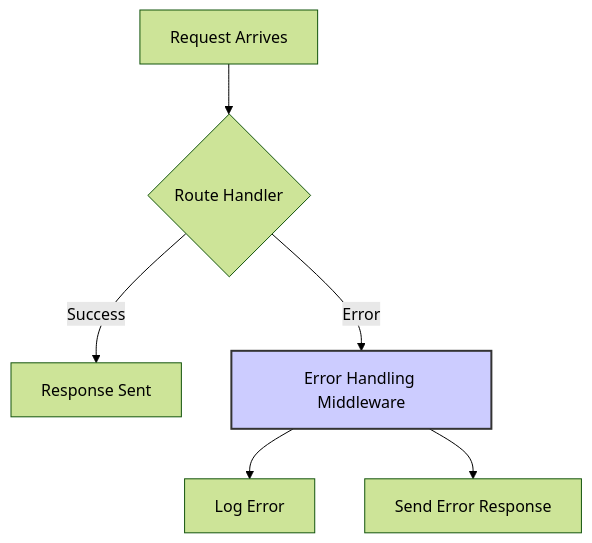
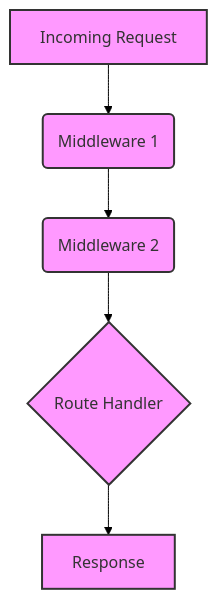
The eighth of 9 diagrams in README.md (devbh04/testing), drawn with Mermaid (forest theme) before and after one commit. The commit also changed other lines of this file, not shown here.

````diff
--- a/README.md
+++ b/README.md
@@ -1089,9 +1171,9 @@
 ```mermaid
 flowchart TD
-    A["Request Arrives"] --> B{Route Handler}
-    B -- Success --> C["Response Sent"]
-    B -- Error --> D["Error Handling Middleware"]
-    D --> E["Log Error"]
-    D --> F["Send Error Response"]
-    style D fill:#ccf,stroke:#333,stroke-width:2px
+    A[Incoming Request] --> B(Middleware 1);
+    B --> C(Middleware 2);
+    C --> D{Route Handler};
+    D --> E[Response];
+    classDef default fill:#f9f,stroke:#333,stroke-width:2px,color:#333;
+    class A,B,C,D,E default;
 ```
````
